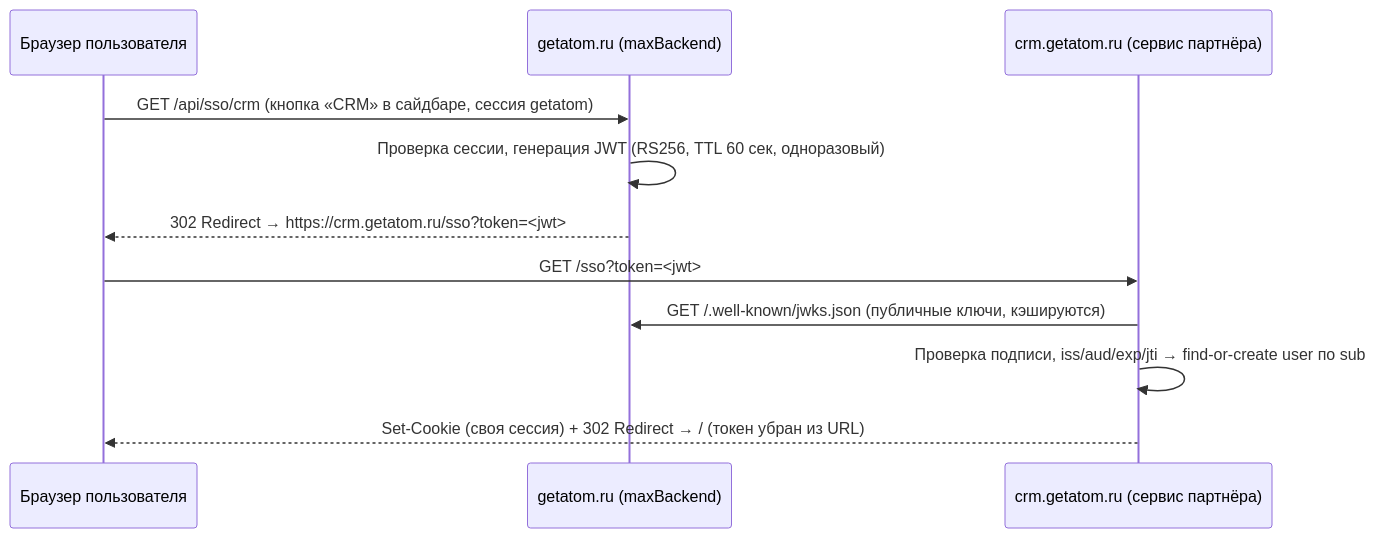
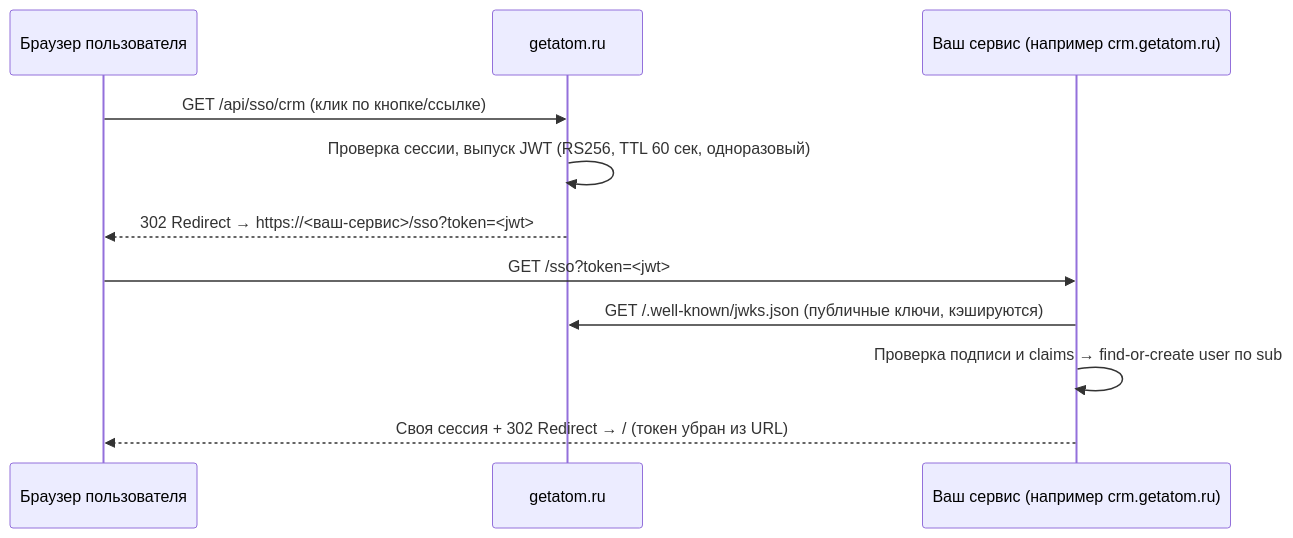
Before and after one commit to skiddgoddamn/getatom-sso-handoff: the diagram in README.md, drawn with Mermaid. The commit also changed other lines of this file and 4 other files, not shown here.

````diff
--- a/README.md
+++ b/README.md
@@ -9,14 +9,14 @@
 ```mermaid
 sequenceDiagram
     participant U as Браузер пользователя
-    participant G as getatom.ru (maxBackend)
-    participant V as crm.getatom.ru (сервис партнёра)
+    participant G as getatom.ru
+    participant V as Ваш сервис (например crm.getatom.ru)
 
-    U->>G: GET /api/sso/crm (кнопка «CRM» в сайдбаре, сессия getatom)
-    G->>G: Проверка сессии, генерация JWT (RS256, TTL 60 сек, одноразовый)
-    G-->>U: 302 Redirect → https://crm.getatom.ru/sso?token=<jwt>
+    U->>G: GET /api/sso/crm (клик по кнопке/ссылке)
+    G->>G: Проверка сессии, выпуск JWT (RS256, TTL 60 сек, одноразовый)
+    G-->>U: 302 Redirect → https://<ваш-сервис>/sso?token=<jwt>
     U->>V: GET /sso?token=<jwt>
     V->>G: GET /.well-known/jwks.json (публичные ключи, кэшируются)
-    V->>V: Проверка подписи, iss/aud/exp/jti → find-or-create user по sub
-    V-->>U: Set-Cookie (своя сессия) + 302 Redirect → / (токен убран из URL)
+    V->>V: Проверка подписи и claims → find-or-create user по sub
+    V-->>U: Своя сессия + 302 Redirect → / (токен убран из URL)
 ```
````
